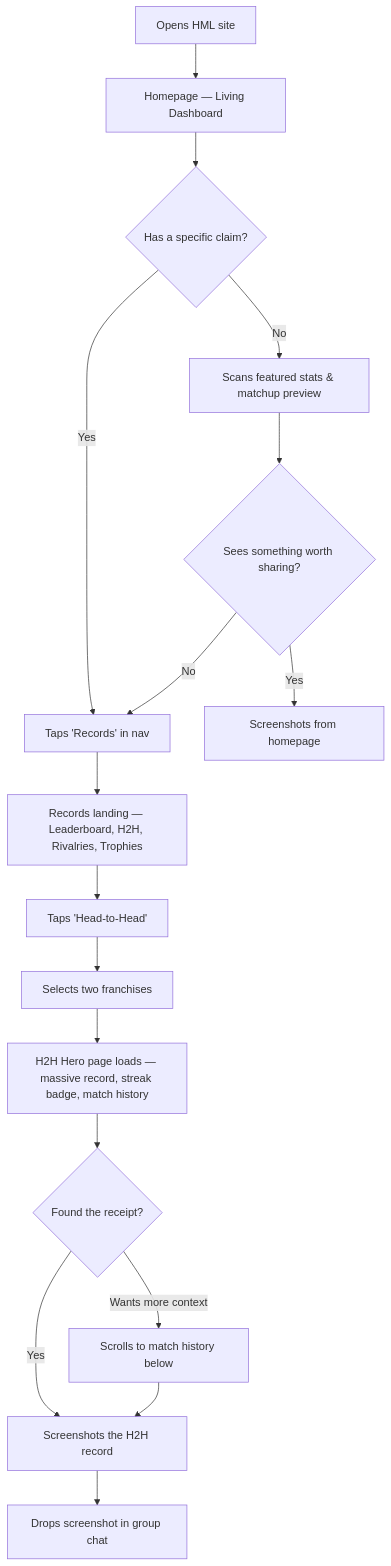
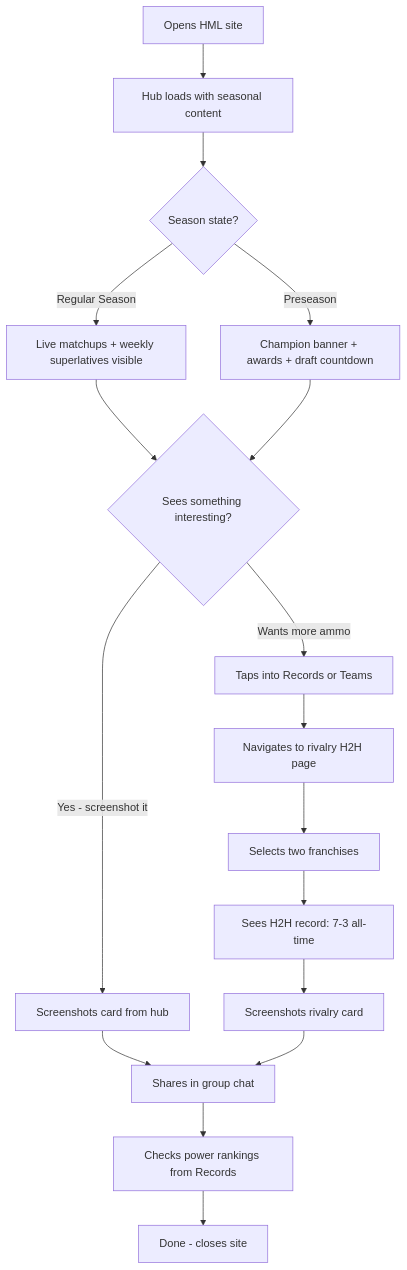
One commit to wbwright1/HMLML changed the first of 5 diagrams in _bmad-output/planning-artifacts/ux-design-specification.md. Above: the diagram before and after it, drawn with Mermaid. The commit also changed other lines of this file and 49 other files, not shown here.

````diff
--- a/_bmad-output/planning-artifacts/ux-design-specification.md
+++ b/_bmad-output/planning-artifacts/ux-design-specification.md
@@ -575,19 +559,19 @@
 ```mermaid
 flowchart TD
-    A[Opens HML site] --> B[Homepage — Living Dashboard]
-    B --> C{Has a specific claim?}
-    C -->|Yes| D[Taps 'Records' in nav]
-    C -->|No| E[Scans featured stats & matchup preview]
-    E --> F{Sees something worth sharing?}
-    F -->|Yes| G[Screenshots from homepage]
-    F -->|No| D
-    D --> H[Records landing — Leaderboard, H2H, Rivalries, Trophies]
-    H --> I[Taps 'Head-to-Head']
+    A[Opens HML site] --> B[Hub loads with seasonal content]
+    B --> C{Season state?}
+    C -->|Regular Season| D[Live matchups + weekly superlatives visible]
+    C -->|Preseason| E[Champion banner + awards + draft countdown]
+    D --> F{Sees something interesting?}
+    E --> F
+    F -->|Yes - screenshot it| G[Screenshots card from hub]
+    F -->|Wants more ammo| H[Taps into Records or Teams]
+    H --> I[Navigates to rivalry H2H page]
     I --> J[Selects two franchises]
-    J --> K[H2H Hero page loads — massive record, streak badge, match history]
-    K --> L{Found the receipt?}
-    L -->|Yes| M[Screenshots the H2H record]
-    L -->|Wants more context| N[Scrolls to match history below]
-    N --> M
-    M --> O[Drops screenshot in group chat]
+    J --> K[Sees H2H record: 7-3 all-time]
+    K --> L[Screenshots rivalry card]
+    G --> M[Shares in group chat]
+    L --> M
+    M --> N[Checks power rankings from Records]
+    N --> O[Done - closes site]
 ```
````
